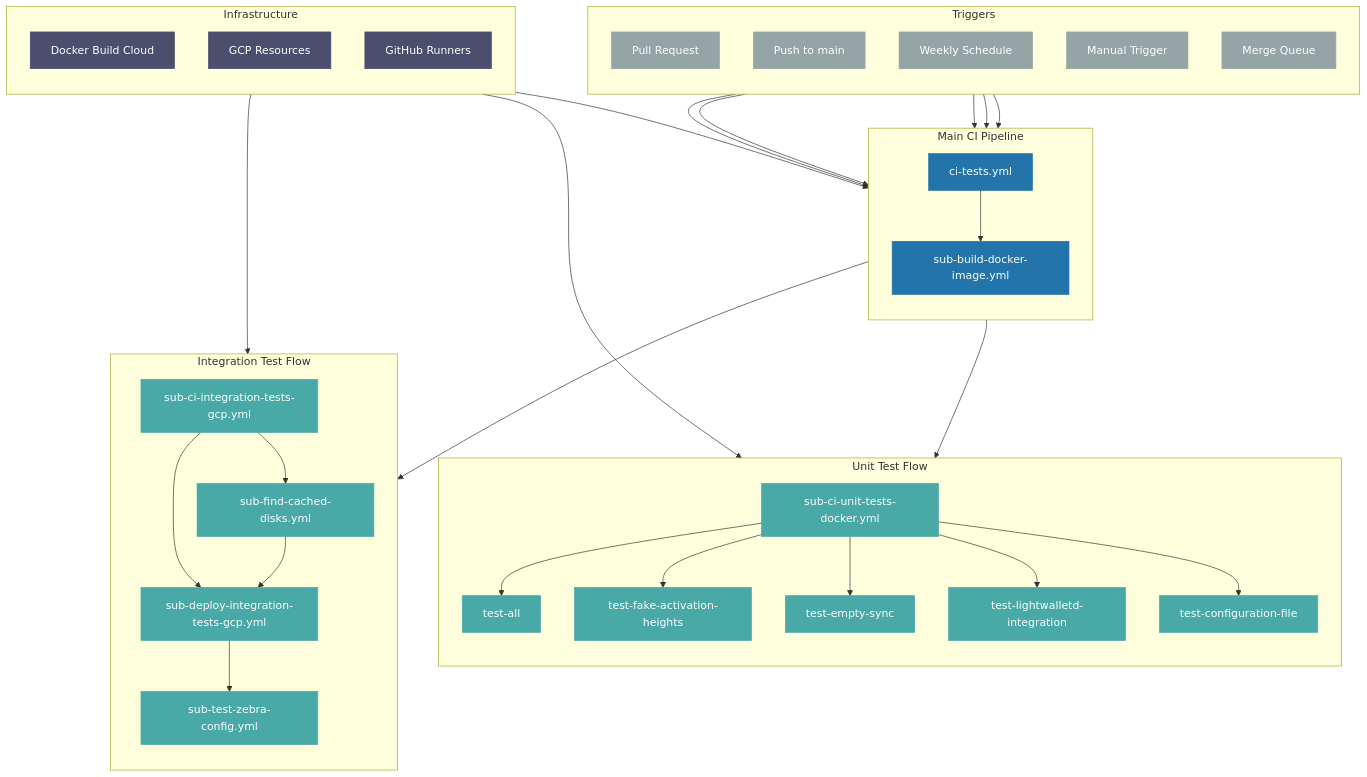
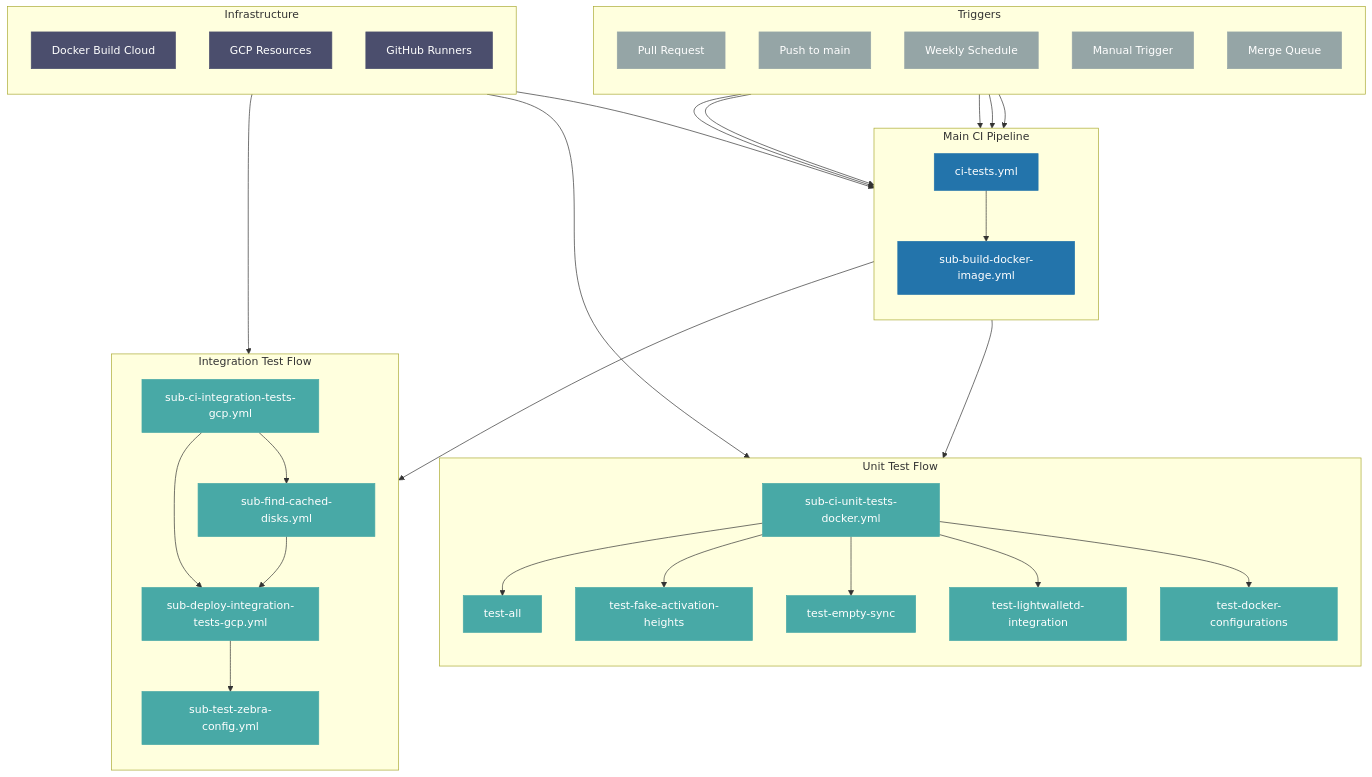
Before and after one commit to ZcashFoundation/zebra: the diagram in .github/workflows/README.md, drawn with Mermaid. The commit also changed 4 other files, not shown here.

````diff
--- a/.github/workflows/README.md
+++ b/.github/workflows/README.md
@@ -24,78 +24,78 @@
 ```mermaid
 graph TB
     %% Define Triggers subgraph with parallel triggers
     subgraph "Triggers"
         direction TB
         P[Pull Request] & Q[Push to main] & R[Weekly Schedule] & S[Manual Trigger] & T[Merge Queue]
     end
 
     %% Main CI Pipeline with parallel flows after build
     subgraph "Main CI Pipeline"
         direction TB
         A[ci-tests.yml]
         B[sub-build-docker-image.yml]
         A --> B
     end
 
     %% Infrastructure dependencies
     subgraph "Infrastructure"
         direction TB
         M[Docker Build Cloud]
         N[GCP Resources]
         O[GitHub Runners]
     end
 
     %% Unit Test Flow with parallel test execution
     subgraph "Unit Test Flow"
         direction TB
         C[sub-ci-unit-tests-docker.yml]
-        H[test-all] & I[test-fake-activation-heights] & J[test-empty-sync] & K[test-lightwalletd-integration] & L[test-configuration-file]
+        H[test-all] & I[test-fake-activation-heights] & J[test-empty-sync] & K[test-lightwalletd-integration] & L[test-docker-configurations]
         C --> H
         C --> I
         C --> J
         C --> K
         C --> L
     end
 
     %% Integration Test Flow with some parallel and some sequential steps
     subgraph "Integration Test Flow"
         direction TB
         D[sub-ci-integration-tests-gcp.yml]
         E[sub-find-cached-disks.yml]
         F[sub-deploy-integration-tests-gcp.yml]
         G[sub-test-zebra-config.yml]
         D --> E
         D --> F
         E --> F
         F --> G
     end
 
     %% Connect triggers to main pipeline
     P --> A
     Q --> A
     R --> A
     S --> A
     T --> A
 
     %% Connect infrastructure to respective components
     M --> B
     N --> D
     O --> C
 
     %% Connect main pipeline to test flows
     B --> C
     B --> D
 
     %% Style definitions
     classDef primary fill:#2374ab,stroke:#2374ab,color:white
     classDef secondary fill:#48a9a6,stroke:#48a9a6,color:white
     classDef infra fill:#4b4e6d,stroke:#4b4e6d,color:white
     classDef trigger fill:#95a5a6,stroke:#95a5a6,color:white
 
     %% Apply styles
     class A,B primary
     class C,D,E,F,G secondary
     class H,I,J,K,L secondary
     class M,N,O infra
     class P,Q,R,S,T trigger
 ```
````
